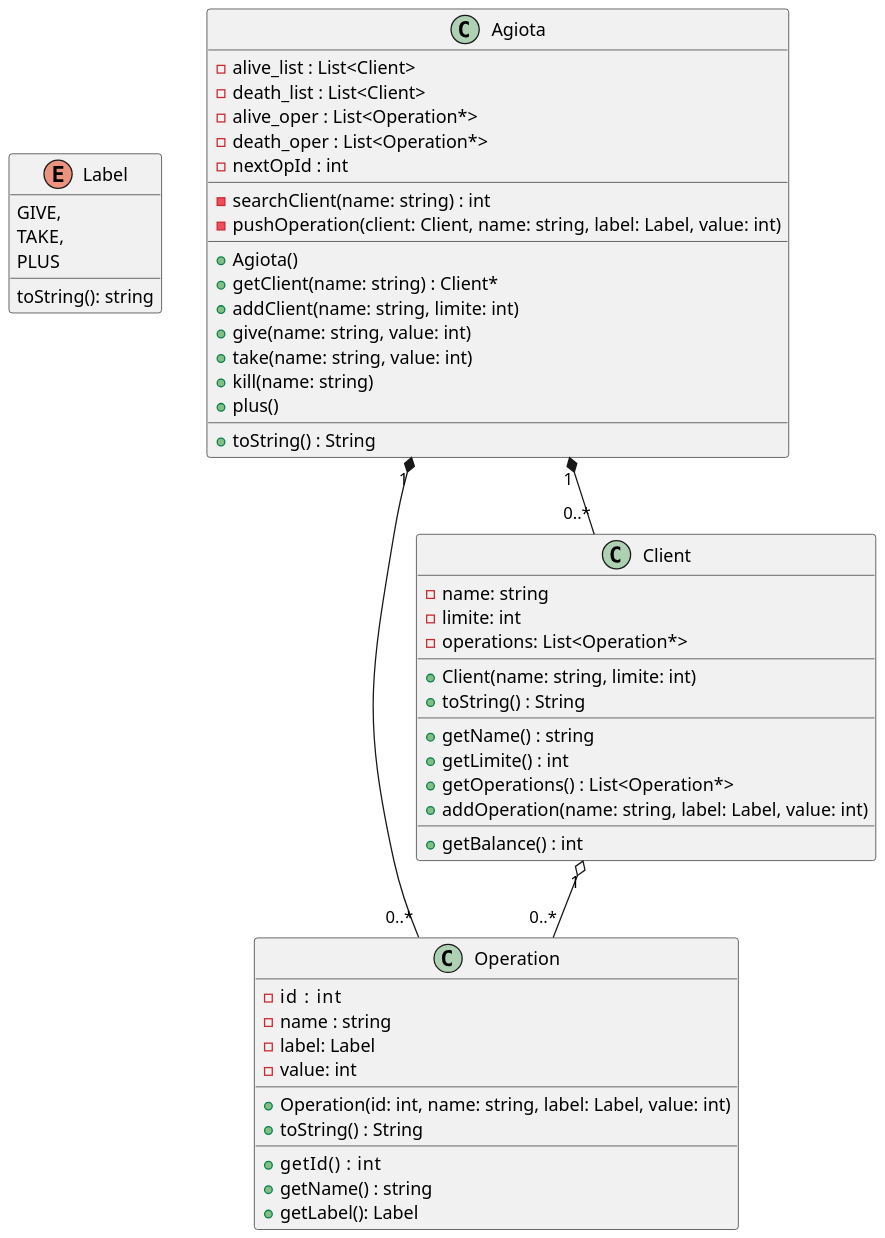
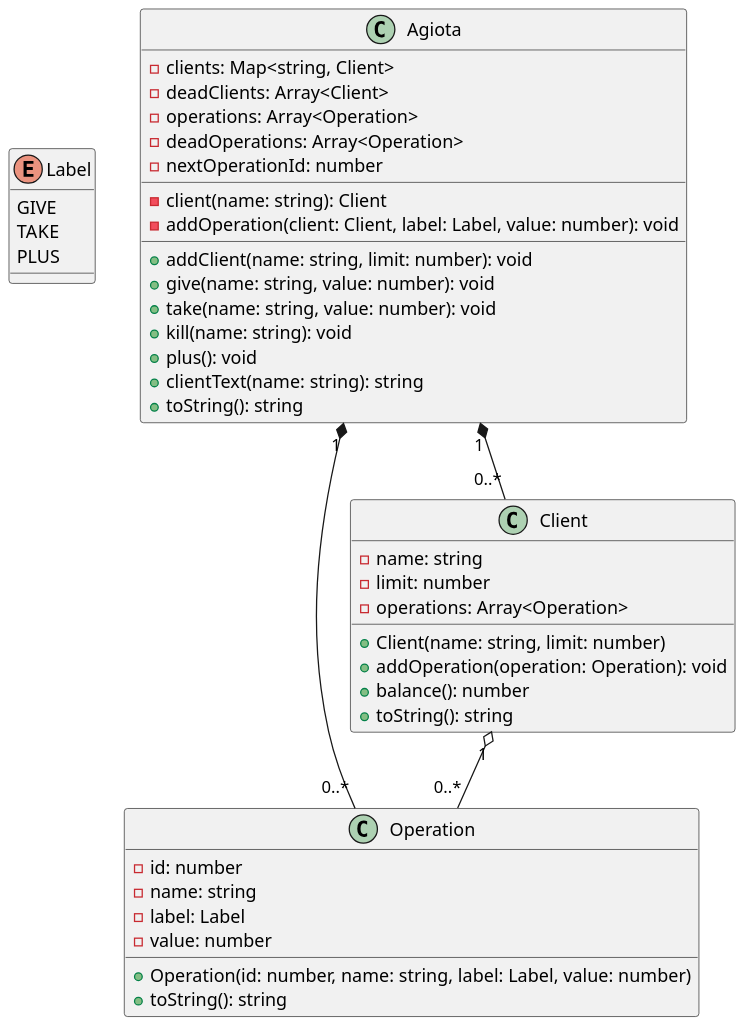
The diagram in labs/agiota/assets/diagrama.puml (qxcodepoo/arcade), drawn with PlantUML before and after one commit. The commit also changed other lines of this file and 4 other files, not shown here.

```diff
--- a/labs/agiota/assets/diagrama.puml
+++ b/labs/agiota/assets/diagrama.puml
@@ -2,71 +1,56 @@
 @startuml
 
 skinparam defaultFontName "Source Code Pro"
 skinparam dpi 150
 
-
-
 enum Label {
-  GIVE,
-  TAKE,
+  GIVE
+  TAKE
   PLUS
-  toString(): string
 }
 
 class Operation {
-  - id   : int
-  - name : string
+  - id: number
+  - name: string
   - label: Label
-  - value: int
+  - value: number
   __
-  + Operation(id: int, name: string, label: Label, value: int)
-  + toString() : String
-  __
-  + getId()   : int
-  + getName() : string
-  + getLabel(): Label
+  + Operation(id: number, name: string, label: Label, value: number)
+  + toString(): string
 }
 
 class Client {
   - name: string
-  - limite: int
-  - operations: List<Operation*>
+  - limit: number
+  - operations: Array<Operation>
   __
-  + Client(name: string, limite: int)
-  + toString() : String
-  __
-  + getName() : string
-  + getLimite() : int
-  + getOperations() : List<Operation*>
-  + addOperation(name: string, label: Label, value: int)
-  __
-  + getBalance() : int
+  + Client(name: string, limit: number)
+  + addOperation(operation: Operation): void
+  + balance(): number
+  + toString(): string
 }
 
 class Agiota {
-  - alive_list : List<Client>
-  - death_list : List<Client>
-  - alive_oper : List<Operation*>
-  - death_oper : List<Operation*>
-  - nextOpId : int
+  - clients: Map<string, Client>
+  - deadClients: Array<Client>
+  - operations: Array<Operation>
+  - deadOperations: Array<Operation>
+  - nextOperationId: number
   __
-  - searchClient(name: string) : int
-  - pushOperation(client: Client, name: string, label: Label, value: int)
+  - client(name: string): Client
+  - addOperation(client: Client, label: Label, value: number): void
   __
-  + Agiota()
-  + getClient(name: string) : Client*
-  + addClient(name: string, limite: int)
-  + give(name: string, value: int)
-  + take(name: string, value: int)
-  + kill(name: string)
-  + plus()
-  __
-  + toString() : String
+  + addClient(name: string, limit: number): void
+  + give(name: string, value: number): void
+  + take(name: string, value: number): void
+  + kill(name: string): void
+  + plus(): void
+  + clientText(name: string): string
+  + toString(): string
 }
 
-
-Client "1" o--  "0..*" Operation
-Agiota "1" *--  "0..*" Operation
-Agiota "1" *--  "0..*" Client
+Client "1" o-- "0..*" Operation
+Agiota "1" *-- "0..*" Operation
+Agiota "1" *-- "0..*" Client
 
 @enduml
```
